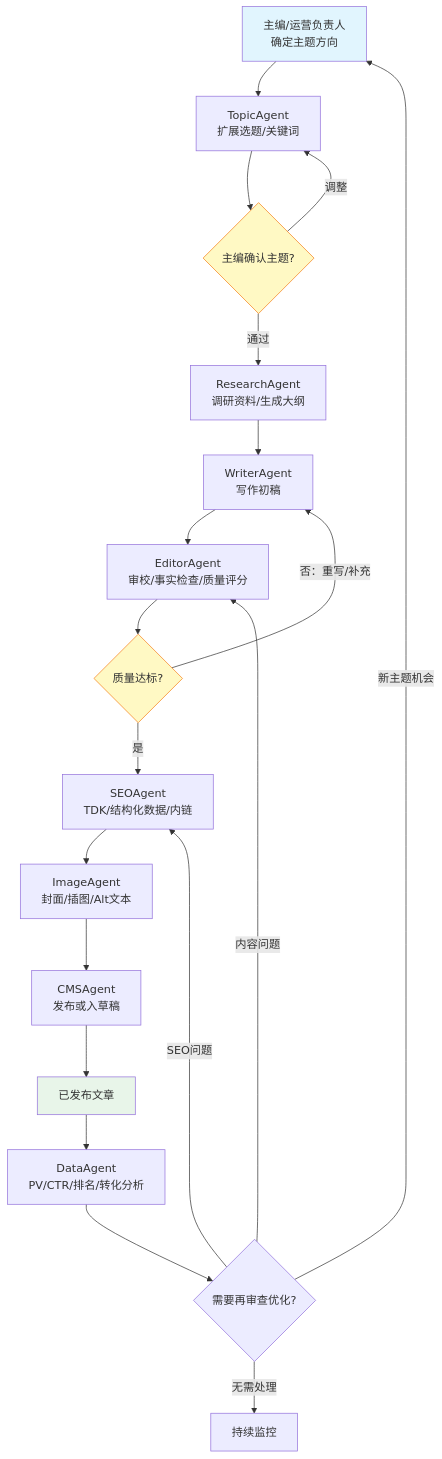
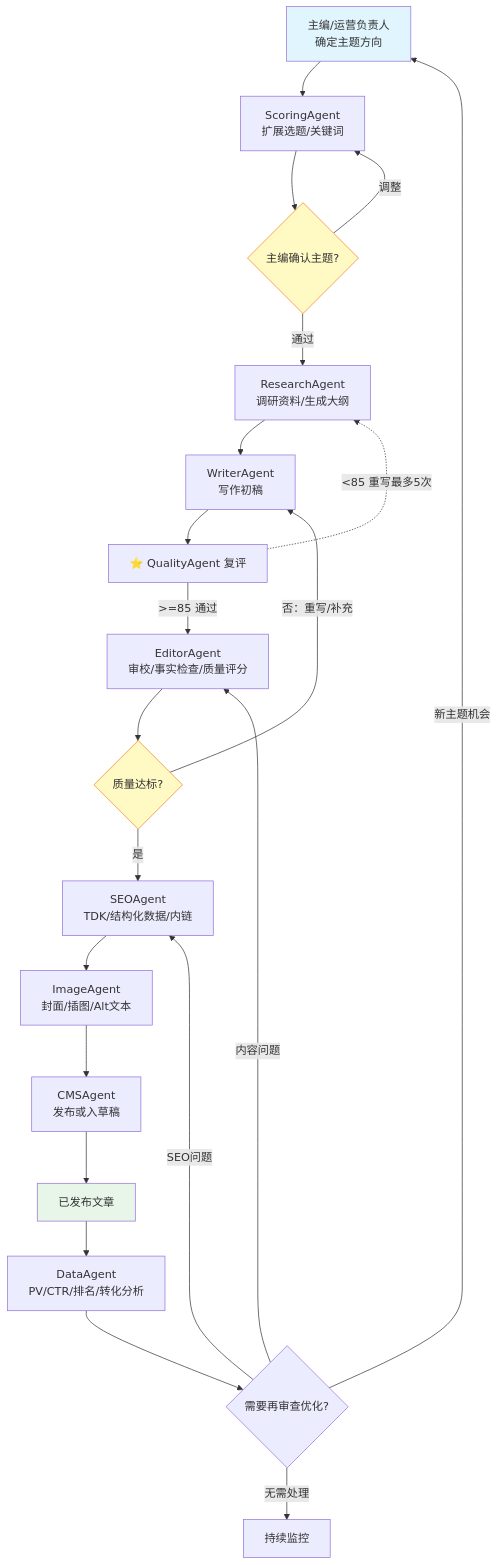
The second of 7 diagrams in 02-技术实现规范.md (flyingsnowzz/Multi-Agent-Automatic-Operation-Website), drawn with Mermaid before and after one commit. The commit also changed other lines of this file and 4 other files, not shown here.

````diff
--- a/02-技术实现规范.md
+++ b/02-技术实现规范.md
@@ -106,26 +111,28 @@
 ```mermaid
 flowchart TD
-    START["主编/运营负责人<br/>确定主题方向"] --> TOPIC["TopicAgent<br/>扩展选题/关键词"]
+    START["主编/运营负责人<br/>确定主题方向"] --> TOPIC["ScoringAgent<br/>扩展选题/关键词"]
     TOPIC --> APPROVE{"主编确认主题?"}
     APPROVE -->|"调整"| TOPIC
     APPROVE -->|"通过"| RESEARCH["ResearchAgent<br/>调研资料/生成大纲"]
     RESEARCH --> WRITER["WriterAgent<br/>写作初稿"]
-    WRITER --> EDITOR["EditorAgent<br/>审校/事实检查/质量评分"]
+    WRITER --> Q_REV["⭐ QualityAgent 复评"]
+    Q_REV -->|">=85 通过"| EDITOR["EditorAgent<br/>审校/事实检查/质量评分"]
+    Q_REV -.->|"<85 重写最多5次"| RESEARCH
     EDITOR --> QUALITY{"质量达标?"}
     QUALITY -->|"否：重写/补充"| WRITER
     QUALITY -->|"是"| SEO["SEOAgent<br/>TDK/结构化数据/内链"]
     SEO --> IMAGE["ImageAgent<br/>封面/插图/Alt文本"]
     IMAGE --> CMS["CMSAgent<br/>发布或入草稿"]
     CMS --> PUBLISHED["已发布文章"]
     PUBLISHED --> DATA["DataAgent<br/>PV/CTR/排名/转化分析"]
     DATA --> RECHECK{"需要再审查优化?"}
     RECHECK -->|"内容问题"| EDITOR
     RECHECK -->|"SEO问题"| SEO
     RECHECK -->|"新主题机会"| START
     RECHECK -->|"无需处理"| MONITOR["持续监控"]
 
     style START fill:#e1f5fe
     style APPROVE fill:#fff9c4,stroke:#f57f17
     style QUALITY fill:#fff9c4,stroke:#f57f17
     style PUBLISHED fill:#e8f5e9
 ```
````
